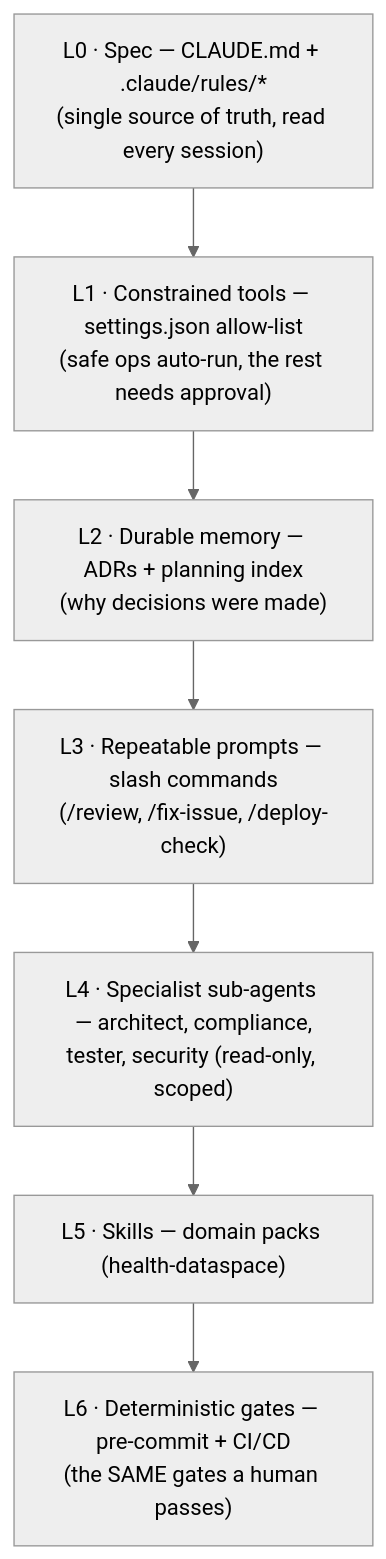
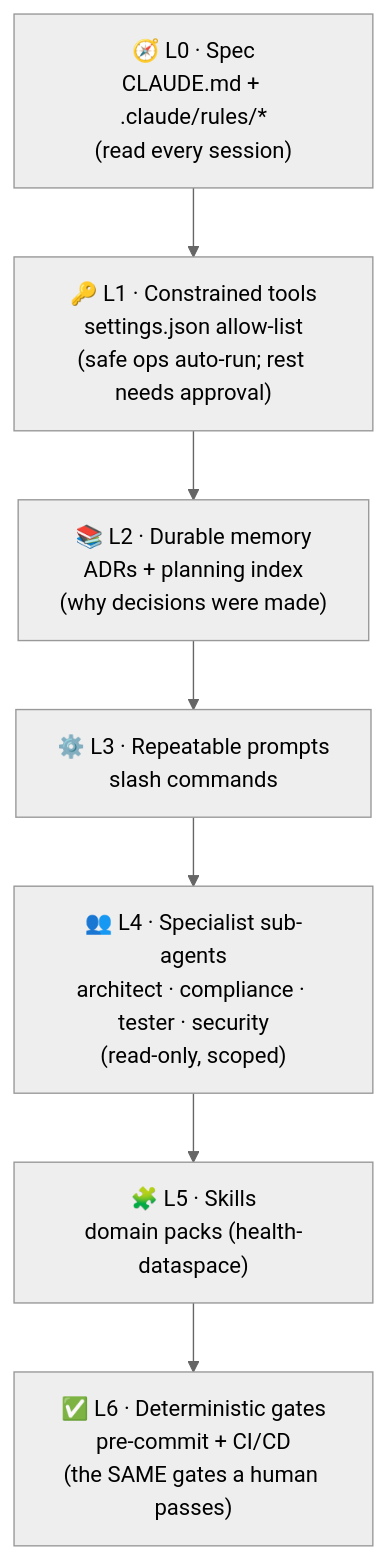
One commit to ma3u/MinimumViableHealthDataspacev2 changed the first of 2 diagrams in docs/AGENTIC-DEVELOPMENT-WITH-CLAUDE-CODE.md. Above: the diagram before and after it, drawn with Mermaid (neutral theme). The commit also changed other lines of this file, not shown here.

First line of the commit message:
docs(agentic): clarity pass — per-section 'why it matters', tool/concept links, top-down diagrams (#55) (#64)

````diff
--- a/docs/AGENTIC-DEVELOPMENT-WITH-CLAUDE-CODE.md
+++ b/docs/AGENTIC-DEVELOPMENT-WITH-CLAUDE-CODE.md
@@ -63,11 +76,11 @@
 ```mermaid
 flowchart TD
-    L0["L0 · Spec — CLAUDE.md + .claude/rules/*\n(single source of truth, read every session)"]
-    L1["L1 · Constrained tools — settings.json allow-list\n(safe ops auto-run, the rest needs approval)"]
-    L2["L2 · Durable memory — ADRs + planning index\n(why decisions were made)"]
-    L3["L3 · Repeatable prompts — slash commands\n(/review, /fix-issue, /deploy-check)"]
-    L4["L4 · Specialist sub-agents — architect, compliance,\ntester, security (read-only, scoped)"]
-    L5["L5 · Skills — domain packs (health-dataspace)"]
-    L6["L6 · Deterministic gates — pre-commit + CI/CD\n(the SAME gates a human passes)"]
+    L0["🧭 L0 · Spec<br/>CLAUDE.md + .claude/rules/*<br/>(read every session)"]
+    L1["🔑 L1 · Constrained tools<br/>settings.json allow-list<br/>(safe ops auto-run; rest needs approval)"]
+    L2["📚 L2 · Durable memory<br/>ADRs + planning index<br/>(why decisions were made)"]
+    L3["⚙️ L3 · Repeatable prompts<br/>slash commands"]
+    L4["👥 L4 · Specialist sub-agents<br/>architect · compliance · tester · security<br/>(read-only, scoped)"]
+    L5["🧩 L5 · Skills<br/>domain packs (health-dataspace)"]
+    L6["✅ L6 · Deterministic gates<br/>pre-commit + CI/CD<br/>(the SAME gates a human passes)"]
     L0 --> L1 --> L2 --> L3 --> L4 --> L5 --> L6
 ```
````
